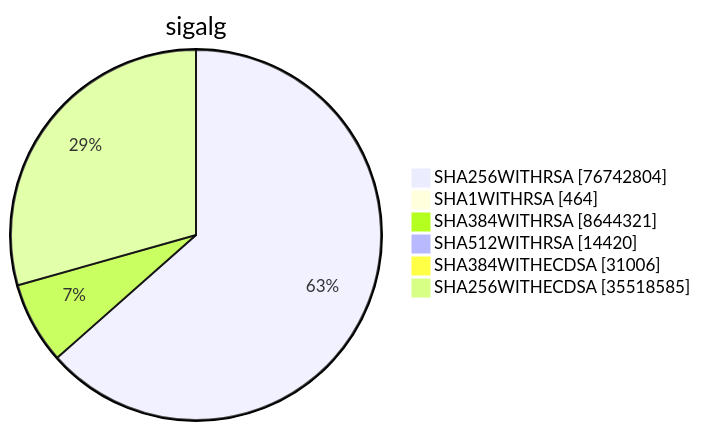
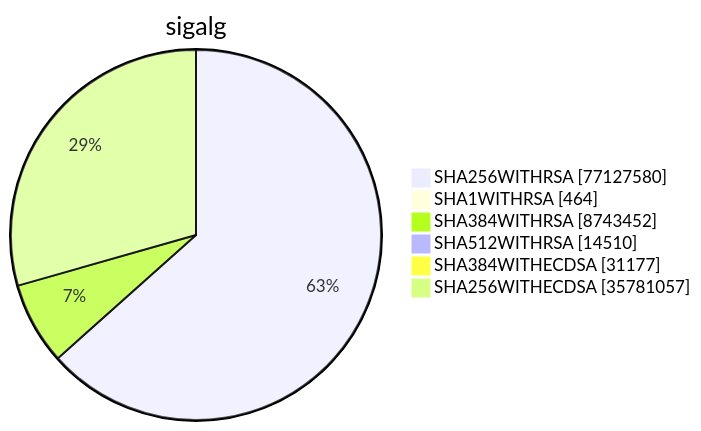
Diagram 15 of 15 in argon2023/README.md (christiankrug/ctmonitor_visualization), drawn with Mermaid before and after one commit. The commit also changed other lines of this file, not shown here.

````diff
--- a/argon2023/README.md
+++ b/argon2023/README.md
@@ -4576,10 +4579,10 @@
 ```mermaid
 pie showData
 title sigalg
-"SHA256WITHRSA" :76742804
+"SHA256WITHRSA" :77127580
 "SHA1WITHRSA" :464
-"SHA384WITHRSA" :8644321
-"SHA512WITHRSA" :14420
-"SHA384WITHECDSA" :31006
-"SHA256WITHECDSA" :35518585
+"SHA384WITHRSA" :8743452
+"SHA512WITHRSA" :14510
+"SHA384WITHECDSA" :31177
+"SHA256WITHECDSA" :35781057
 ```
````
